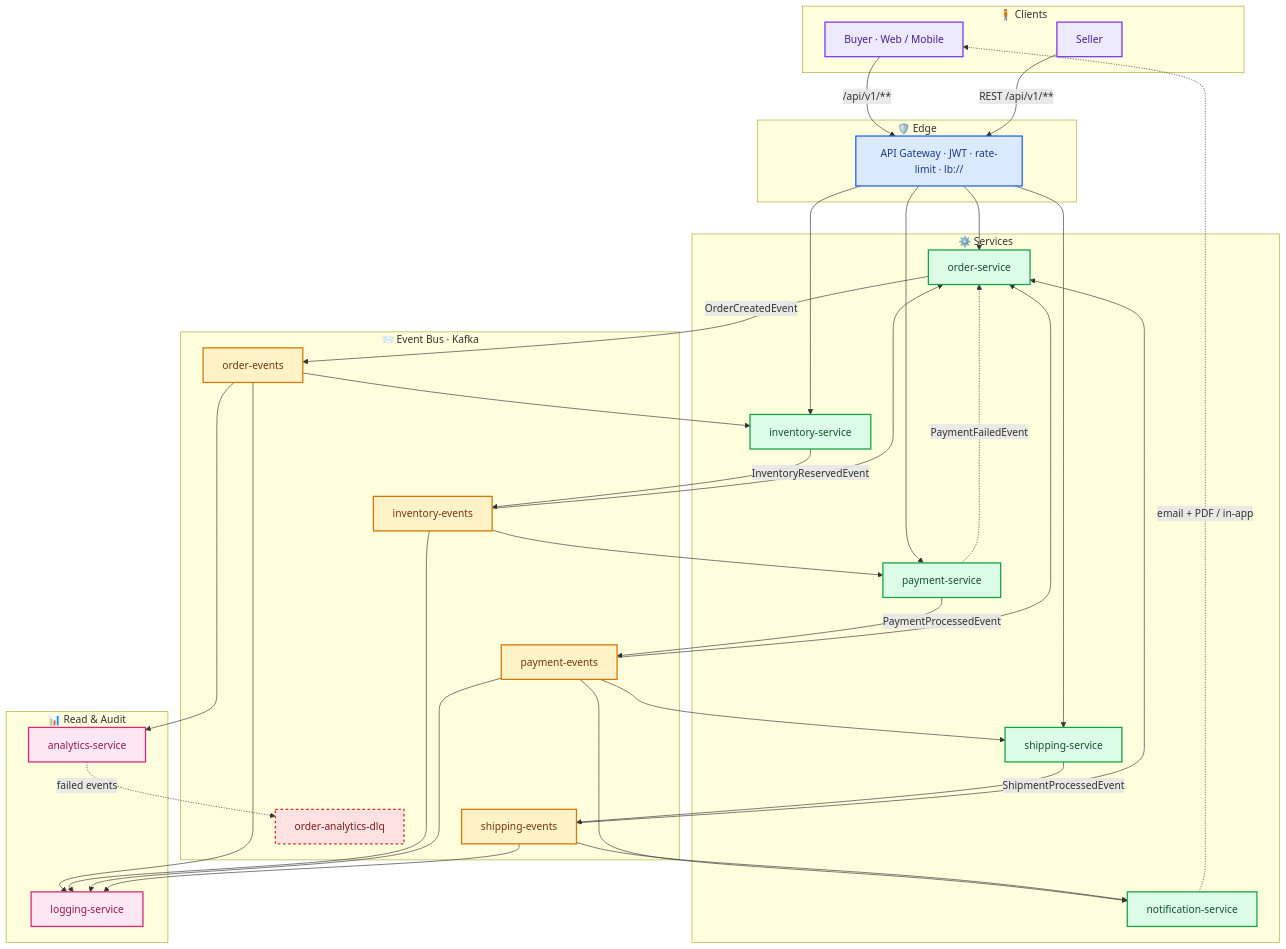
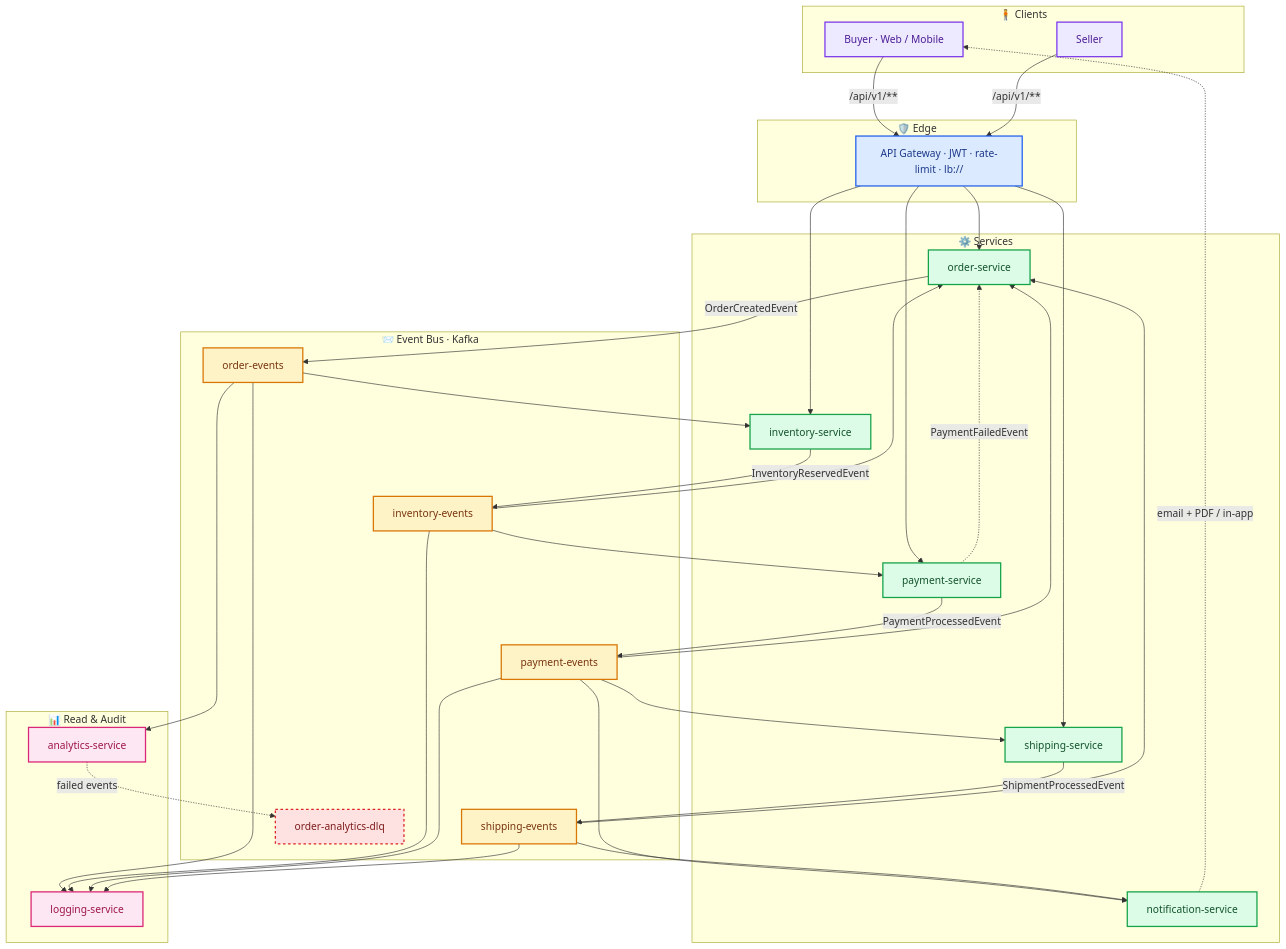
One commit to zexxitywave/EventDrivenMesh changed the second of 3 diagrams in README.md. Above: the diagram before and after it, drawn with Mermaid.

Commit message:
docs(readme): shorten mermaid client-edge labels to /api/v1

````diff
--- a/README.md
+++ b/README.md
@@ -209,67 +209,67 @@
 ```mermaid
 flowchart TB
 
     subgraph CLIENTS["🧍 Clients"]
         BUYER["Buyer · Web / Mobile"]
         SELLER["Seller"]
     end
 
     subgraph EDGE["🛡️ Edge"]
         GW["API Gateway · JWT · rate-limit · lb://"]
     end
 
     subgraph SVC["⚙️ Services"]
         ORD["order-service"]
         INV["inventory-service"]
         PAY["payment-service"]
         SHP["shipping-service"]
         NOT["notification-service"]
     end
 
     subgraph BUS["📨 Event Bus · Kafka"]
         OE["order-events"]
         IE["inventory-events"]
         PE["payment-events"]
         SE["shipping-events"]
         DLQ["order-analytics-dlq"]
     end
 
     subgraph OBS["📊 Read & Audit"]
         ANS["analytics-service"]
         LGS["logging-service"]
     end
 
     BUYER -- /api/v1/** --> GW
-    SELLER -- REST /api/v1/** --> GW
+    SELLER -- /api/v1/** --> GW
     GW --> ORD & INV & PAY & SHP
 
     ORD -- OrderCreatedEvent --> OE
     OE --> INV & ANS & LGS
 
     INV -- InventoryReservedEvent --> IE
     IE --> ORD & PAY & LGS
 
     PAY -- PaymentProcessedEvent --> PE
     PE --> ORD & SHP & NOT & LGS
 
     SHP -- ShipmentProcessedEvent --> SE
     SE --> ORD & NOT & LGS
 
     PAY -. PaymentFailedEvent .-> ORD
     NOT -. email + PDF / in-app .-> BUYER
     ANS -. failed events .-> DLQ
 
     classDef client fill:#ede9fe,stroke:#7c3aed,color:#4c1d95,stroke-width:2px;
     classDef edge  fill:#dbeafe,stroke:#2563eb,color:#1e3a8a,stroke-width:2px;
     classDef svc   fill:#dcfce7,stroke:#16a34a,color:#14532d,stroke-width:2px;
     classDef bus   fill:#fef3c7,stroke:#d97706,color:#78350f,stroke-width:2px;
     classDef obs   fill:#fce7f3,stroke:#db2777,color:#9d174d,stroke-width:2px;
     classDef dlq   fill:#fee2e2,stroke:#dc2626,color:#7f1d1d,stroke-width:2px,stroke-dasharray:4;
 
     class BUYER,SELLER client;
     class GW edge;
     class ORD,INV,PAY,SHP,NOT svc;
     class OE,IE,PE,SE bus;
     class ANS,LGS obs;
     class DLQ dlq;
 ```
````
